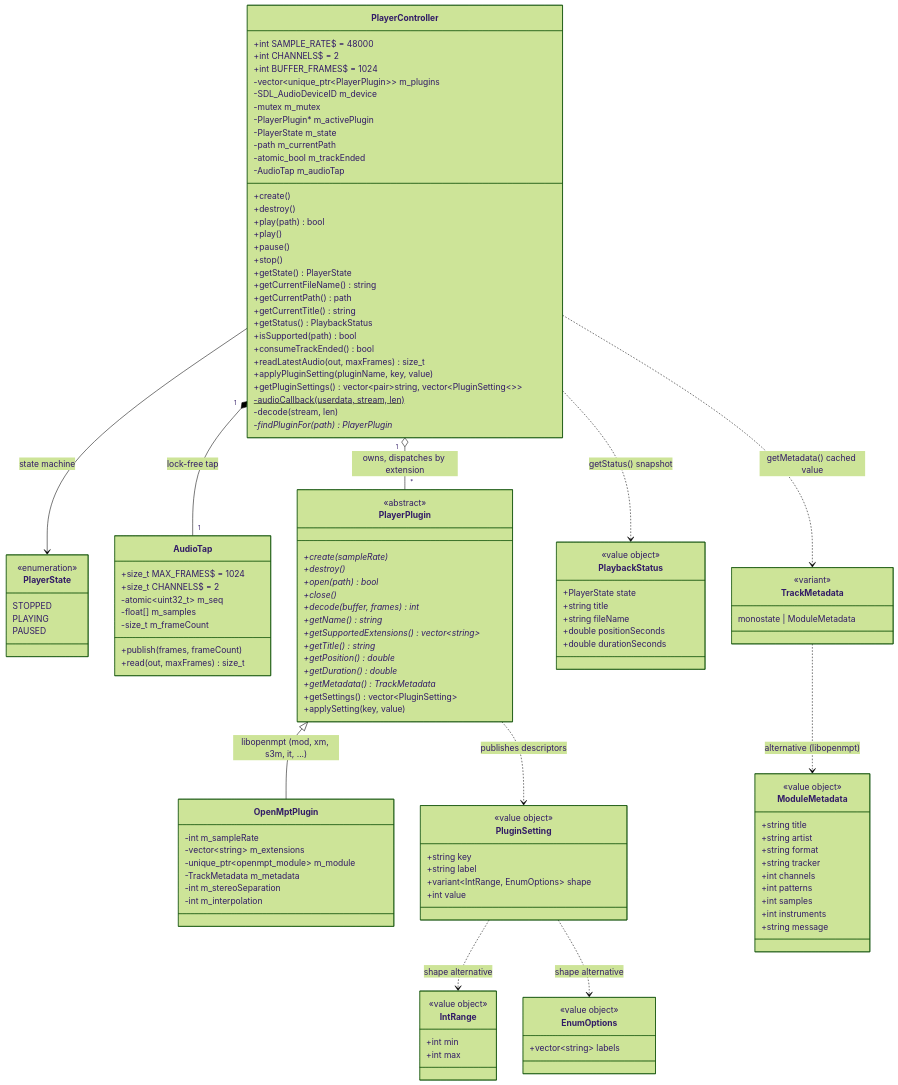
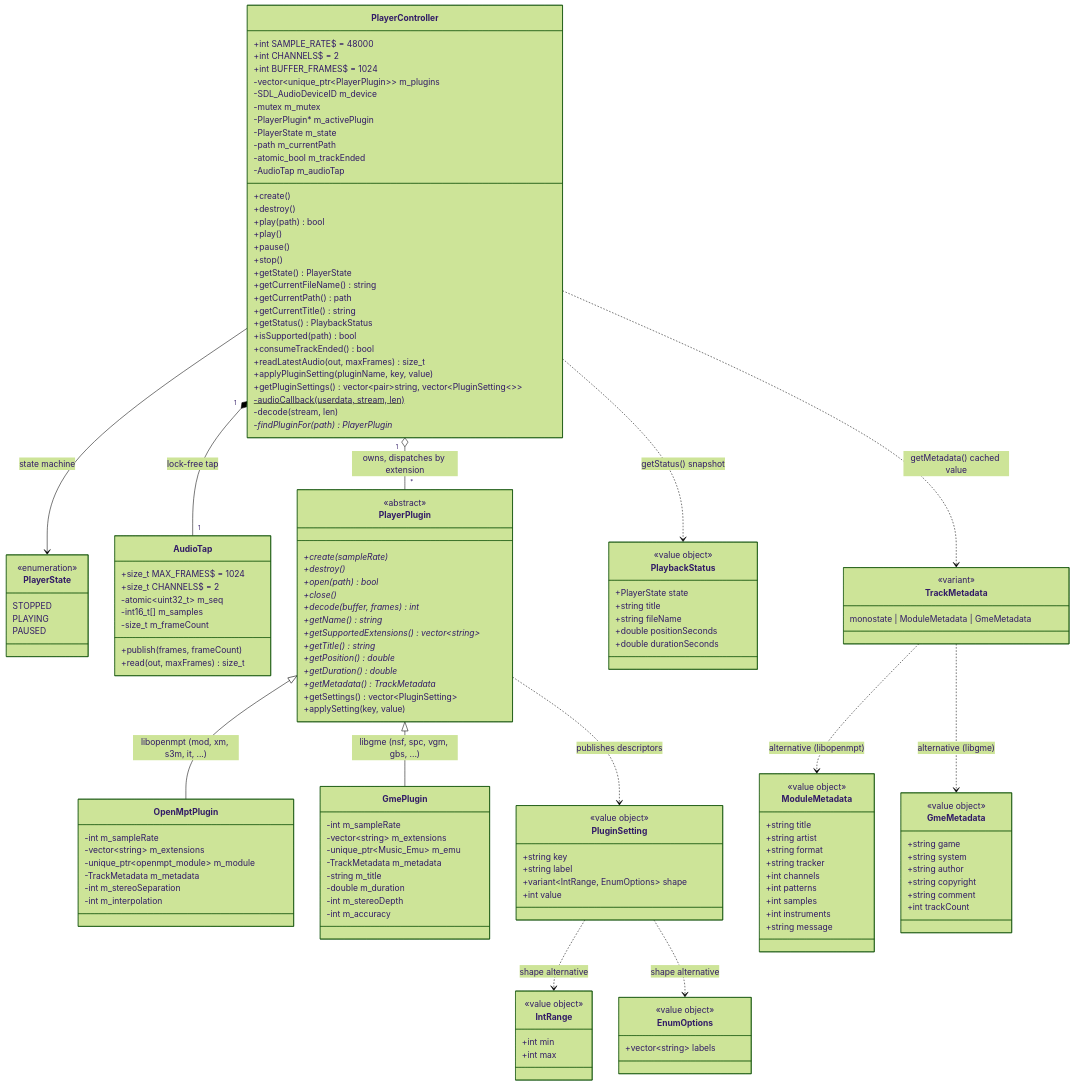
One commit to notnotme/osp2 changed the diagram in docs/audio.md. Above: the diagram before and after it, drawn with Mermaid (forest theme). The commit also changed other lines of this file and 14 other files, not shown here.

First line of the commit message:
feat: GmePlugin + int16 audio pipeline (TODO_9 9a)

```diff
--- a/docs/audio.md
+++ b/docs/audio.md
@@ -48,7 +48,7 @@
         +size_t MAX_FRAMES$ = 1024
         +size_t CHANNELS$ = 2
         -atomic~uint32_t~ m_seq
-        -float[] m_samples
+        -int16_t[] m_samples
         -size_t m_frameCount
         +publish(frames, frameCount)
         +read(out, maxFrames) size_t
@@ -78,6 +78,17 @@
         -TrackMetadata m_metadata
         -int m_stereoSeparation
         -int m_interpolation
+    }
+
+    class GmePlugin {
+        -int m_sampleRate
+        -vector~string~ m_extensions
+        -unique_ptr~Music_Emu~ m_emu
+        -TrackMetadata m_metadata
+        -string m_title
+        -double m_duration
+        -int m_stereoDepth
+        -int m_accuracy
     }
 
     class PluginSetting {
@@ -121,9 +132,19 @@
         +string message
     }
 
+    class GmeMetadata {
+        <<value object>>
+        +string game
+        +string system
+        +string author
+        +string copyright
+        +string comment
+        +int trackCount
+    }
+
     class TrackMetadata {
         <<variant>>
-        monostate | ModuleMetadata
+        monostate | ModuleMetadata | GmeMetadata
     }
 
     PlayerController --> PlayerState : state machine
@@ -132,7 +153,9 @@
     PlayerController "1" o-- "*" PlayerPlugin : owns, dispatches by extension
     PlayerController "1" *-- "1" AudioTap : lock-free tap
     PlayerPlugin <|-- OpenMptPlugin : libopenmpt (mod, xm, s3m, it, ...)
+    PlayerPlugin <|-- GmePlugin : libgme (nsf, spc, vgm, gbs, ...)
     TrackMetadata ..> ModuleMetadata : alternative (libopenmpt)
+    TrackMetadata ..> GmeMetadata : alternative (libgme)
     PlayerPlugin ..> PluginSetting : publishes descriptors
     PluginSetting ..> IntRange : shape alternative
     PluginSetting ..> EnumOptions : shape alternative
```
